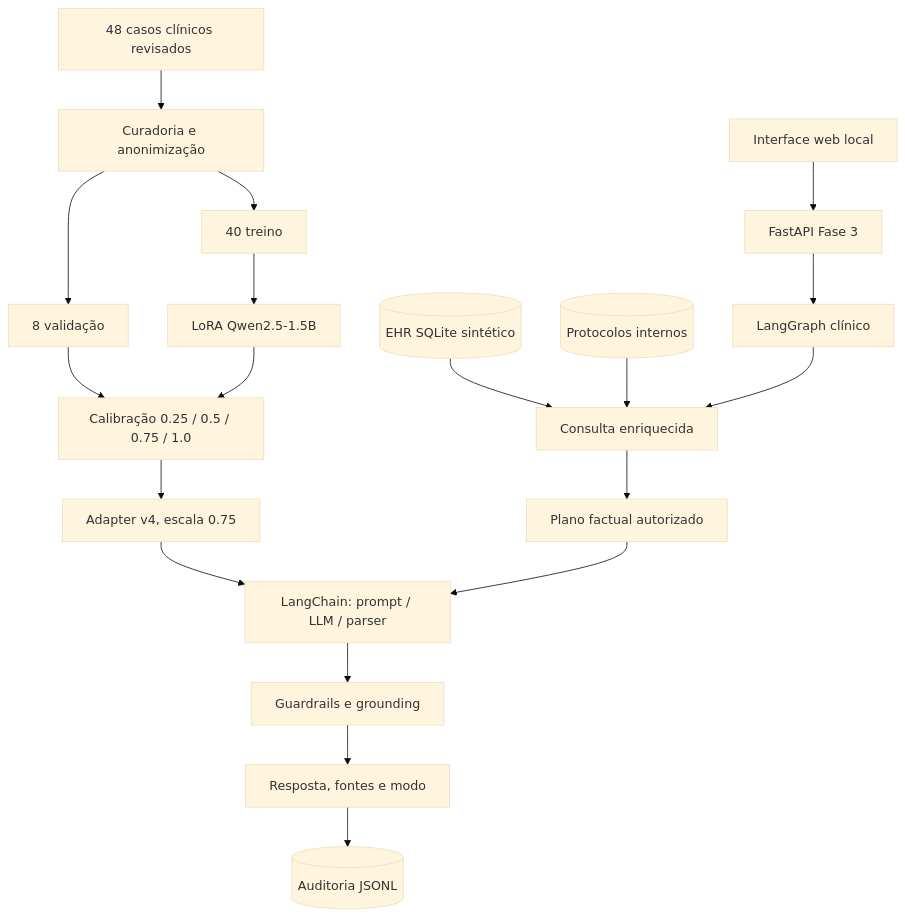
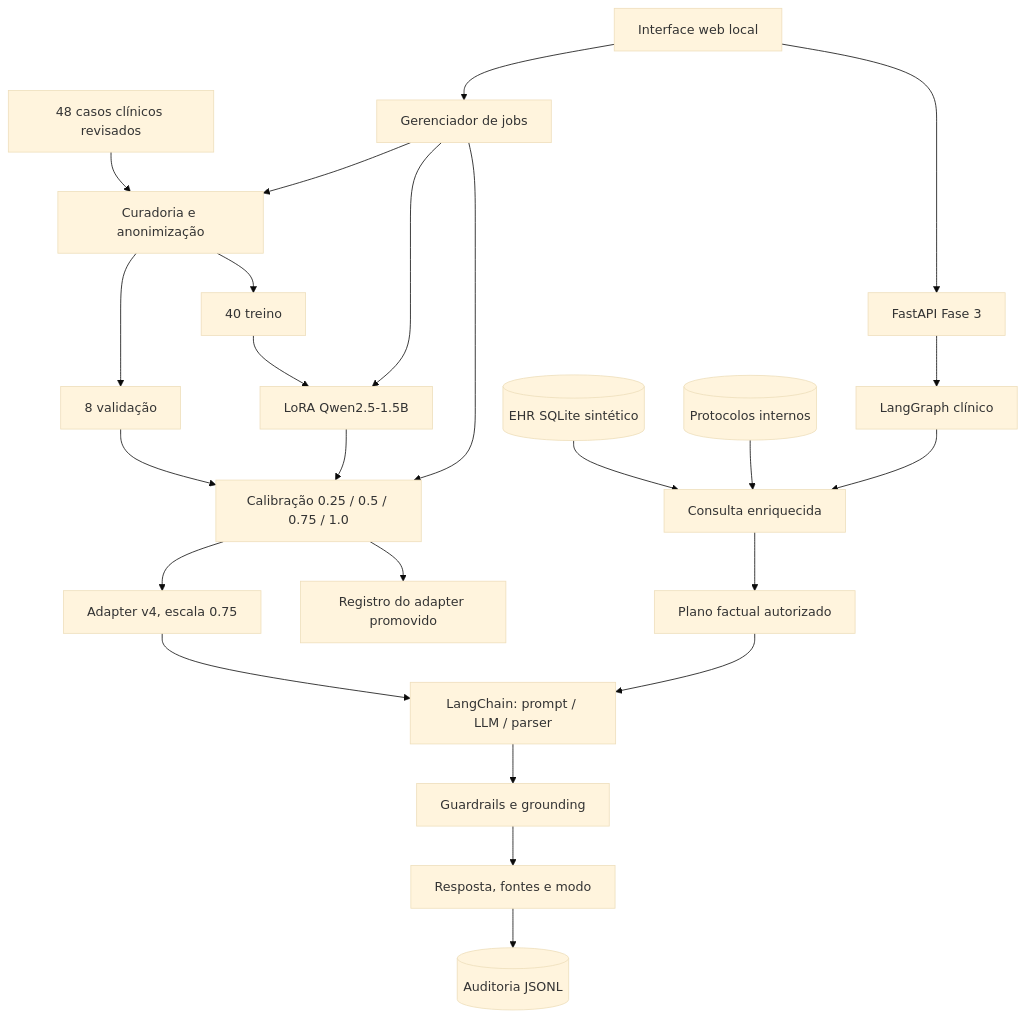
The first of 2 diagrams in docs/arquitetura_fase3.md (netomantonio/tech-challenge-1), drawn with Mermaid (base theme) before and after one commit. The commit also changed other lines of this file and 14 other files, not shown here.

````diff
--- a/docs/arquitetura_fase3.md
+++ b/docs/arquitetura_fase3.md
@@ -9,22 +9,27 @@
 ```mermaid
 flowchart TD
     D[48 casos clínicos revisados] --> B[Curadoria e anonimização]
     B --> T[40 treino]
     B --> V[8 validação]
     T --> L[LoRA Qwen2.5-1.5B]
     V --> C[Calibração 0.25 / 0.5 / 0.75 / 1.0]
     L --> C
     C --> A[Adapter v4, escala 0.75]
 
     EHR[(EHR SQLite sintético)] --> R[Consulta enriquecida]
     P[(Protocolos internos)] --> R
     UI[Interface web local] --> API[FastAPI Fase 3]
+    UI --> OPS[Gerenciador de jobs]
+    OPS --> B
+    OPS --> L
+    OPS --> C
+    C --> PROMO[Registro do adapter promovido]
     API --> FLOW[LangGraph clínico]
     FLOW --> R
     R --> PLAN[Plano factual autorizado]
     A --> CHAIN[LangChain: prompt / LLM / parser]
     PLAN --> CHAIN
     CHAIN --> G[Guardrails e grounding]
     G --> OUT[Resposta, fontes e modo]
     OUT --> LOG[(Auditoria JSONL)]
 ```
````
